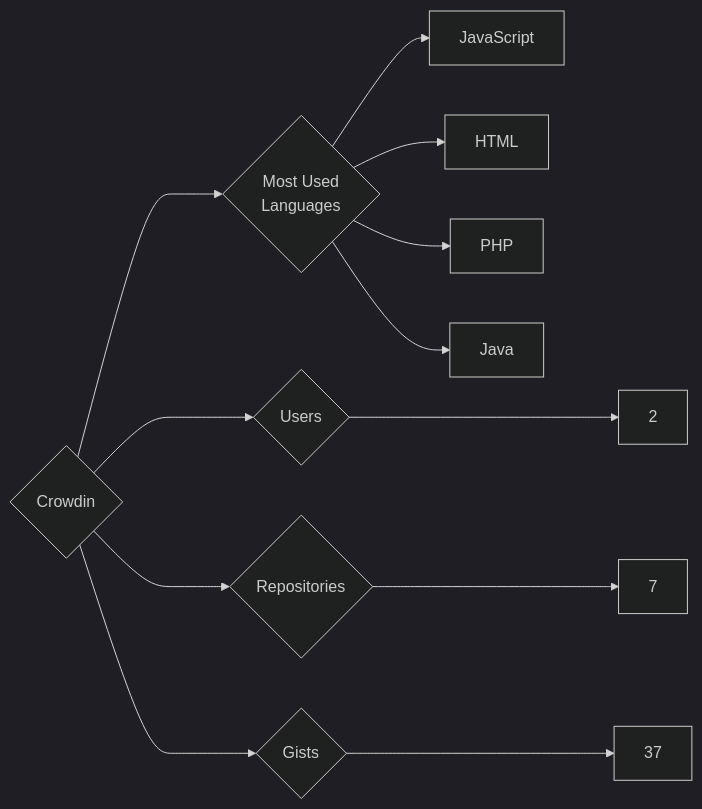
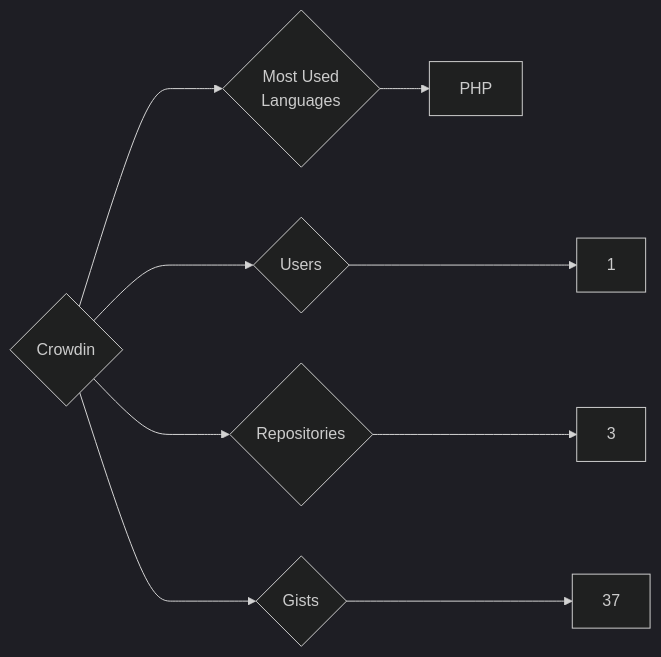
The diagram in targets/Crowdin/README.md (trickest/insiders), drawn with Mermaid (dark theme) before and after one commit. The commit also changed 899 other files, not shown here.

````diff
--- a/targets/Crowdin/README.md
+++ b/targets/Crowdin/README.md
@@ -3,12 +3,9 @@
 ```mermaid
 graph LR
 COMPANY_NAME{Crowdin}
-COMPANY_NAME ---> U{Users} ---> UN[2]
-COMPANY_NAME ---> R{Repositories} ---> RN[7]
+COMPANY_NAME ---> U{Users} ---> UN[1]
+COMPANY_NAME ---> R{Repositories} ---> RN[3]
 COMPANY_NAME ---> G{Gists} ---> GN[37]
 COMPANY_NAME ---> ML{Most Used<br>Languages}
-ML --> JavaScript[JavaScript]
-ML --> HTML[HTML]
 ML --> PHP[PHP]
-ML --> Java[Java]
 ```
````
